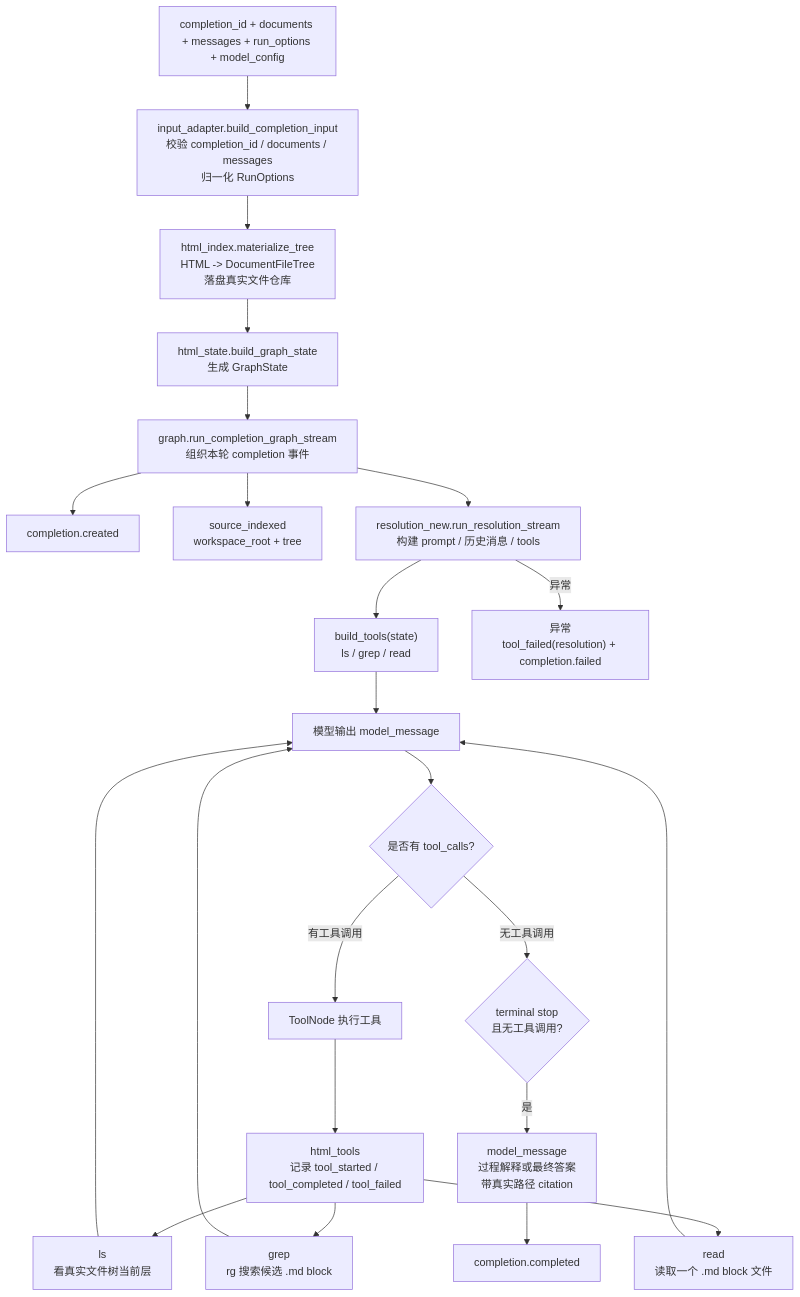
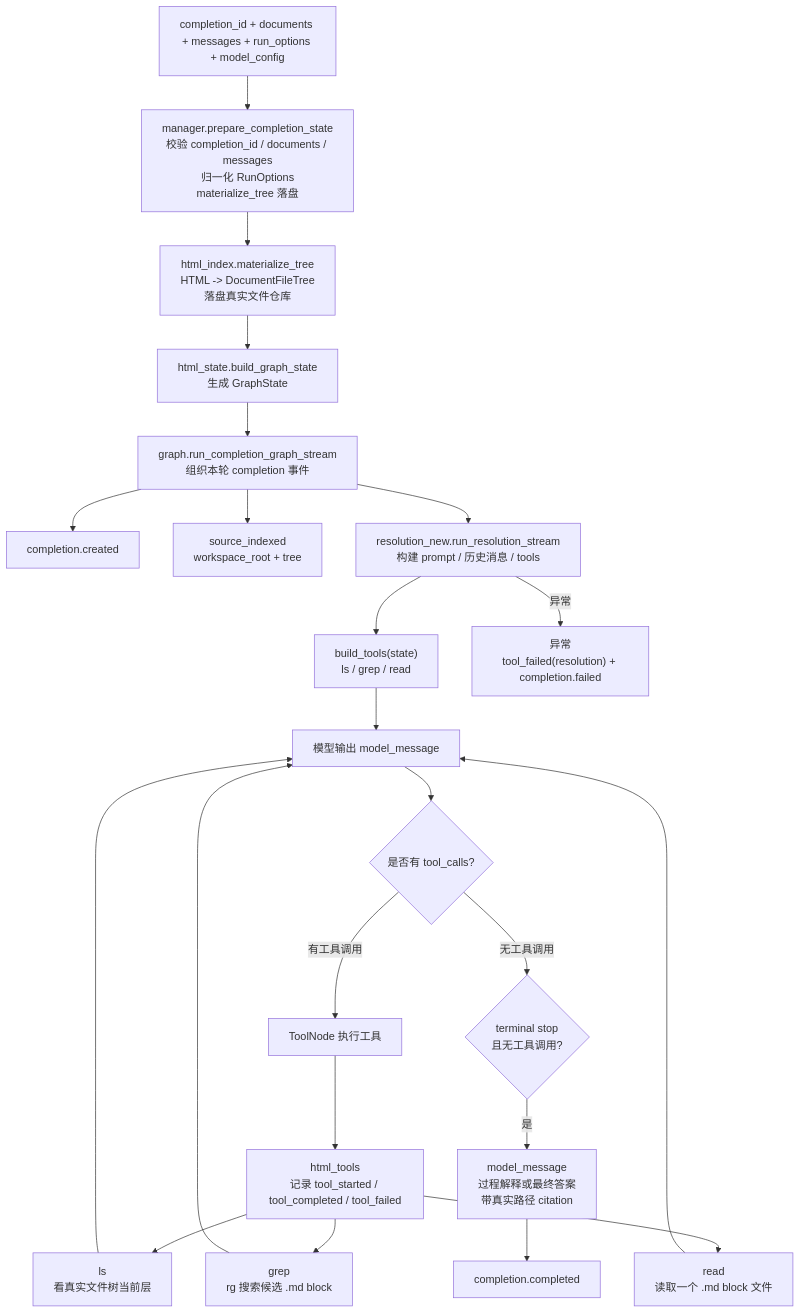
One commit to ADChahaha/TraceAgent changed the diagram in agent/service/file_extraction_agent/docs/DESIGN.md. Above: the diagram before and after it, drawn with Mermaid. The commit also changed other lines of this file and 31 other files, not shown here.

First line of the commit message:
refactor: file_extraction_agent 全面强类型化并将 completion 生命周期收敛到 CompletionManager

````diff
--- a/agent/service/file_extraction_agent/docs/DESIGN.md
+++ b/agent/service/file_extraction_agent/docs/DESIGN.md
@@ -66,38 +76,38 @@
 ```mermaid
 flowchart TD
     A["completion_id + documents + messages + run_options + model_config"]
-    B["input_adapter.build_completion_input<br/>校验 completion_id / documents / messages<br/>归一化 RunOptions"]
+    B["manager.prepare_completion_state<br/>校验 completion_id / documents / messages<br/>归一化 RunOptions<br/>materialize_tree 落盘"]
     C["html_index.materialize_tree<br/>HTML -> DocumentFileTree<br/>落盘真实文件仓库"]
     D["html_state.build_graph_state<br/>生成 GraphState"]
     E["graph.run_completion_graph_stream<br/>组织本轮 completion 事件"]
     F["completion.created"]
     G["source_indexed<br/>workspace_root + tree"]
     H["resolution_new.run_resolution_stream<br/>构建 prompt / 历史消息 / tools"]
     I["build_tools(state)<br/>ls / grep / read"]
     J["模型输出 model_message"]
     K{"是否有 tool_calls?"}
     L["ToolNode 执行工具"]
     M["html_tools<br/>记录 tool_started / tool_completed / tool_failed"]
     N["ls<br/>看真实文件树当前层"]
     O["grep<br/>rg 搜索候选 .md block"]
     P["read<br/>读取一个 .md block 文件"]
     R["model_message<br/>过程解释或最终答案<br/>带真实路径 citation"]
     S{"terminal stop<br/>且无工具调用?"}
     T["completion.completed"]
     U["异常<br/>tool_failed(resolution) + completion.failed"]
 
     A --> B --> C --> D --> E
     E --> F
     E --> G
     E --> H --> I --> J --> K
     K -- "有工具调用" --> L --> M
     M --> N
     M --> O
     M --> P
     N --> J
     O --> J
     P --> J
     K -- "无工具调用" --> S
     S -- "是" --> R --> T
     H -- "异常" --> U
 ```
````
